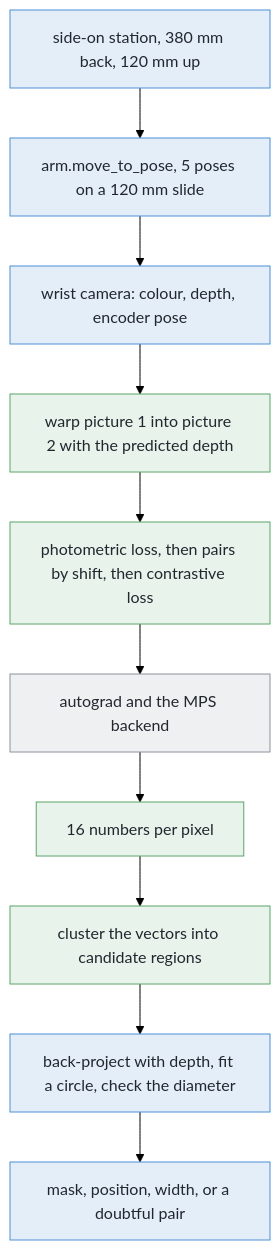
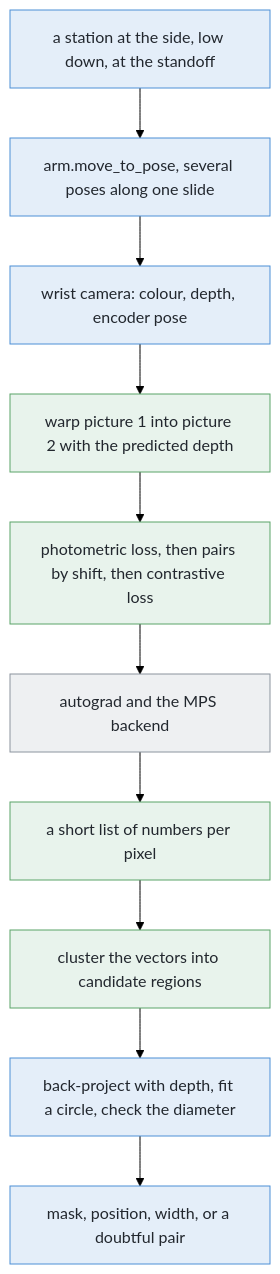
One commit to RobinNagpal/robot-arm-projects changed the third of 3 diagrams in v5-pick-glasses/docs/problem-2/solutions/09-self-supervised-from-the-arms-own-movement.md. Above: the diagram before and after it, drawn with Mermaid (forest theme). The commit also changed other lines of this file, not shown here.

````diff
--- a/v5-pick-glasses/docs/problem-2/solutions/09-self-supervised-from-the-arms-own-movement.md
+++ b/v5-pick-glasses/docs/problem-2/solutions/09-self-supervised-from-the-arms-own-movement.md
@@ -271,22 +280,22 @@
 ```mermaid
 flowchart TD
-    S["side-on station, 380 mm back, 120 mm up"] --> A["arm.move_to_pose, 5 poses on a 120 mm slide"]
+    S["a station at the side, low down, at the standoff"] --> A["arm.move_to_pose, several poses along one slide"]
     A --> C["wrist camera: colour, depth, encoder pose"]
     C --> W["warp picture 1 into picture 2 with the predicted depth"]
     W --> L["photometric loss, then pairs by shift, then contrastive loss"]
     L --> G["autograd and the MPS backend"]
-    G --> M["16 numbers per pixel"]
+    G --> M["a short list of numbers per pixel"]
     M --> K["cluster the vectors into candidate regions"]
     K --> B["back-project with depth, fit a circle, check the diameter"]
     B --> R["mask, position, width, or a doubtful pair"]
     style S fill:#e4eef9,stroke:#4c8fd6,color:#22272e
     style A fill:#e4eef9,stroke:#4c8fd6,color:#22272e
     style C fill:#e4eef9,stroke:#4c8fd6,color:#22272e
     style W fill:#e8f3ec,stroke:#5aa469,color:#22272e
     style L fill:#e8f3ec,stroke:#5aa469,color:#22272e
     style G fill:#eef0f2,stroke:#8b949e,color:#22272e
     style M fill:#e8f3ec,stroke:#5aa469,color:#22272e
     style K fill:#e8f3ec,stroke:#5aa469,color:#22272e
     style B fill:#e4eef9,stroke:#4c8fd6,color:#22272e
     style R fill:#e4eef9,stroke:#4c8fd6,color:#22272e
 ```
````
